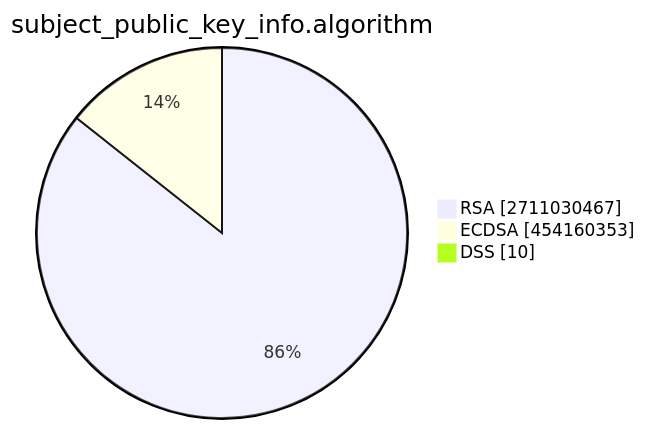
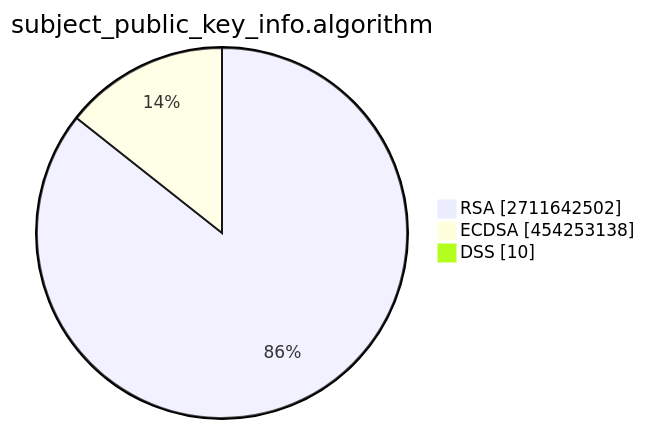
Before and after one commit to christiankrug/ctmonitor_visualization: the second of 15 diagrams in TOTAL/README.md, drawn with Mermaid. The commit also changed other lines of this file, not shown here.

````diff
--- a/TOTAL/README.md
+++ b/TOTAL/README.md
@@ -6,7 +6,7 @@
 ```mermaid
 pie showData
 title subject_public_key_info.algorithm
-"RSA" :2711030467
-"ECDSA" :454160353
+"RSA" :2711642502
+"ECDSA" :454253138
 "DSS" :10
 ```
````
